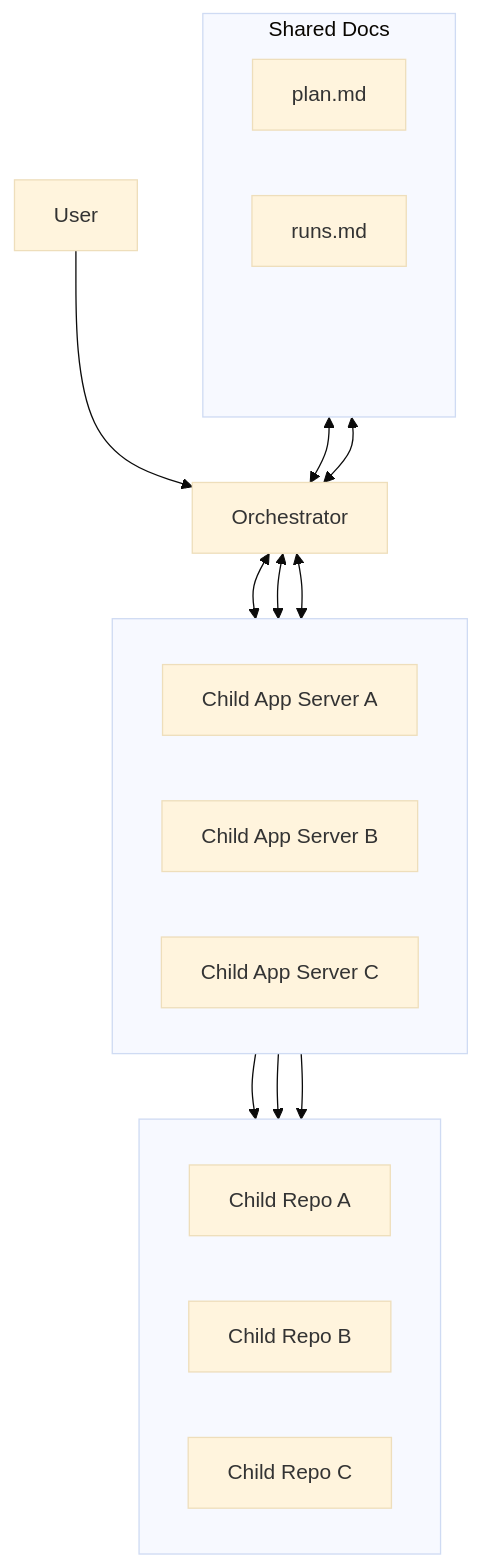
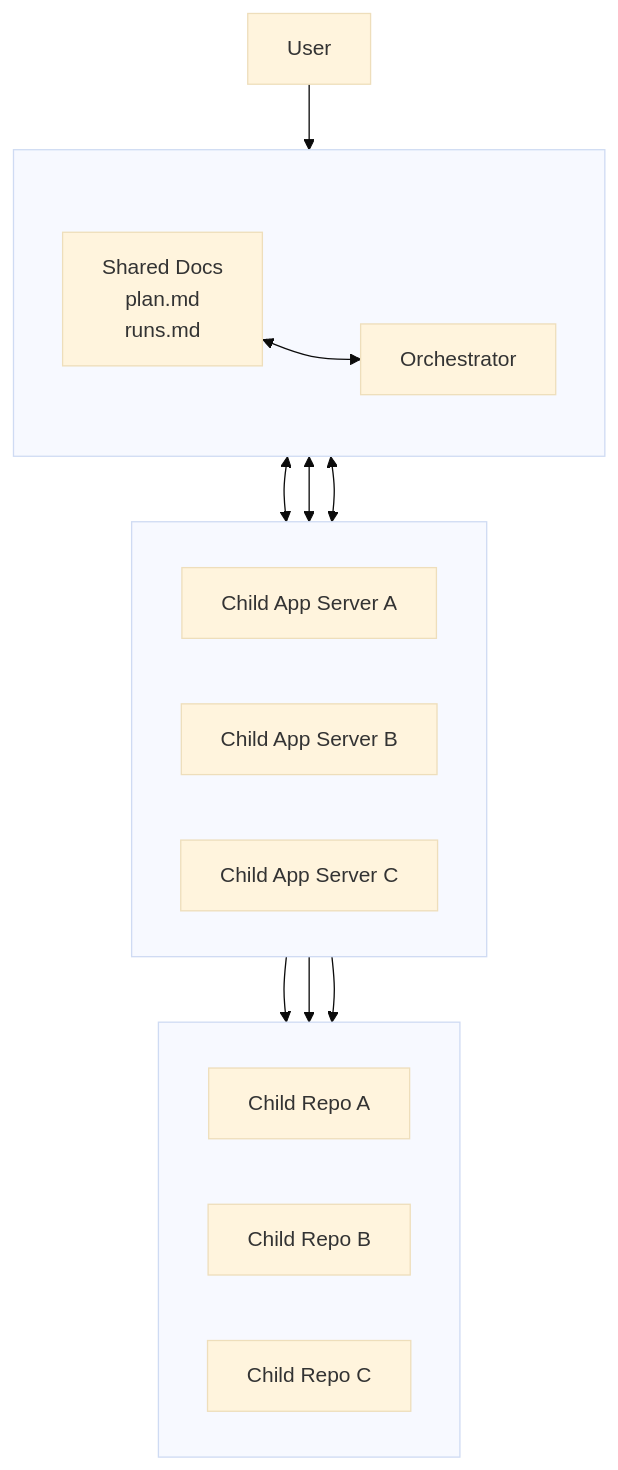
The diagram in README.md (yeutterg/codex-orchestrator), drawn with Mermaid (base theme) before and after one commit.

Commit message:
Use spacer-based README diagram layout

````diff
--- a/README.md
+++ b/README.md
@@ -18,38 +18,38 @@
 ```mermaid
 flowchart TD
-    U[User] --> O[Orchestrator]
+    U[User]
 
-    subgraph Docs["Shared Docs"]
+    subgraph Header[" "]
         direction LR
-        P[plan.md]
-        R[runs.md]
-        DX[" "]
+        D["Shared Docs<br/>plan.md<br/>runs.md"]
+        S[" "]
+        O[Orchestrator]
     end
 
     subgraph Servers[" "]
         direction LR
         A[Child App Server A]
         B[Child App Server B]
         C[Child App Server C]
     end
 
     subgraph Repos[" "]
         direction LR
         RA[Child Repo A]
         RB[Child Repo B]
         RC[Child Repo C]
     end
 
     classDef invisible fill:transparent,stroke:transparent,color:transparent
-    class DX invisible
+    class S invisible
 
-    DX ~~~ O
-    P <--> O
-    R <--> O
+    U --> O
+    D ~~~ S
+    D <--> O
     O <--> A
     O <--> B
     O <--> C
     A --> RA
     B --> RB
     C --> RC
 ```
````
